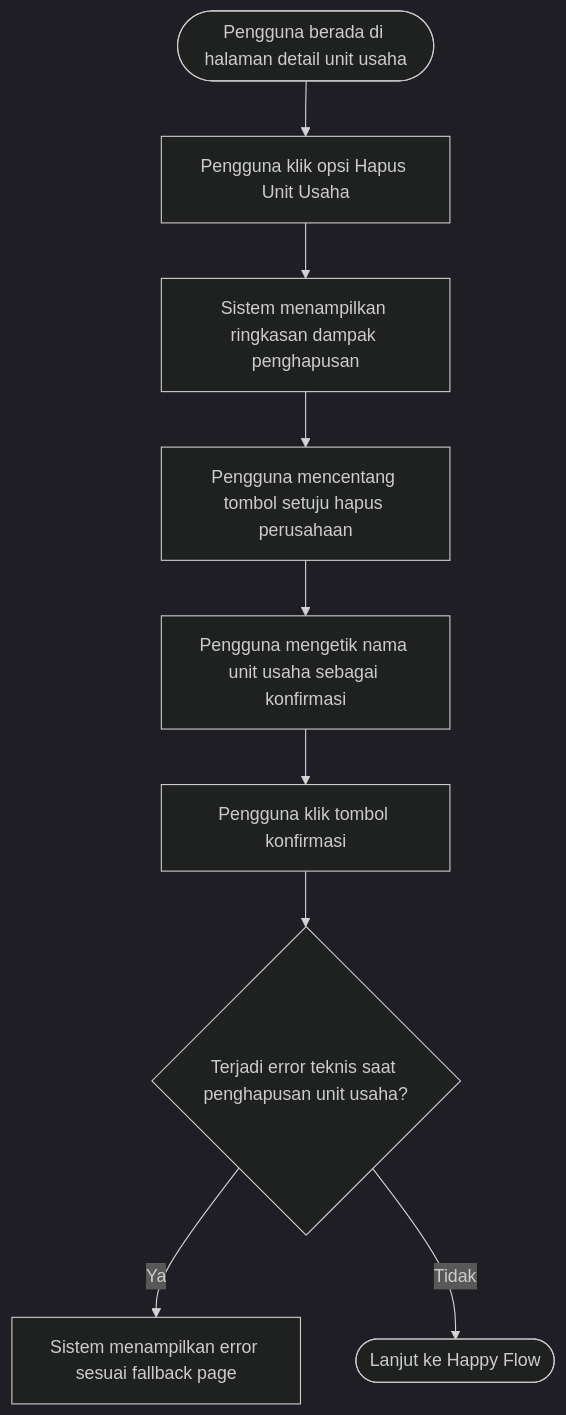
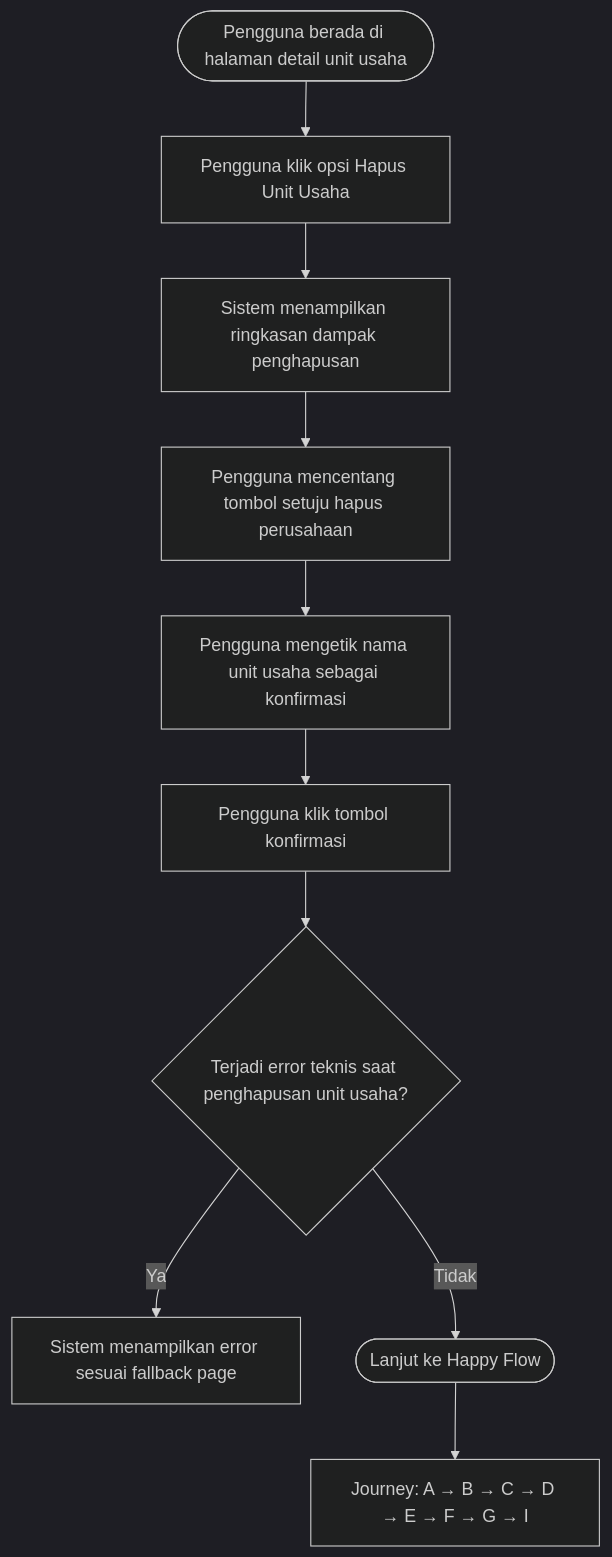
One commit to agestyarizki/groapp-markdown changed diagram 34 of 39 in PRD-D.md. Above: the diagram before and after it, drawn with Mermaid (dark theme). The commit also changed other lines of this file, not shown here.

````diff
--- a/PRD-D.md
+++ b/PRD-D.md
@@ -4255,14 +4606,17 @@
 ```mermaid
 flowchart TD
     A([Pengguna berada di halaman detail unit usaha])
         --> B[Pengguna klik opsi Hapus Unit Usaha]
     B --> C[Sistem menampilkan ringkasan dampak penghapusan]
     C --> D[Pengguna mencentang tombol setuju hapus perusahaan]
     D --> E[Pengguna mengetik nama unit usaha sebagai konfirmasi]
     E --> F[Pengguna klik tombol konfirmasi]
     %% ERROR TEKNIS
     F --> G{Terjadi error teknis saat penghapusan unit usaha?}
     G -->|Ya| H[Sistem menampilkan error sesuai fallback page]
     G -->|Tidak| I([Lanjut ke Happy Flow])
+    %% Journey Flow
+    J["Journey: A → B → C → D → E → F → G → I"]
+    I --> J
 
 ```
````
